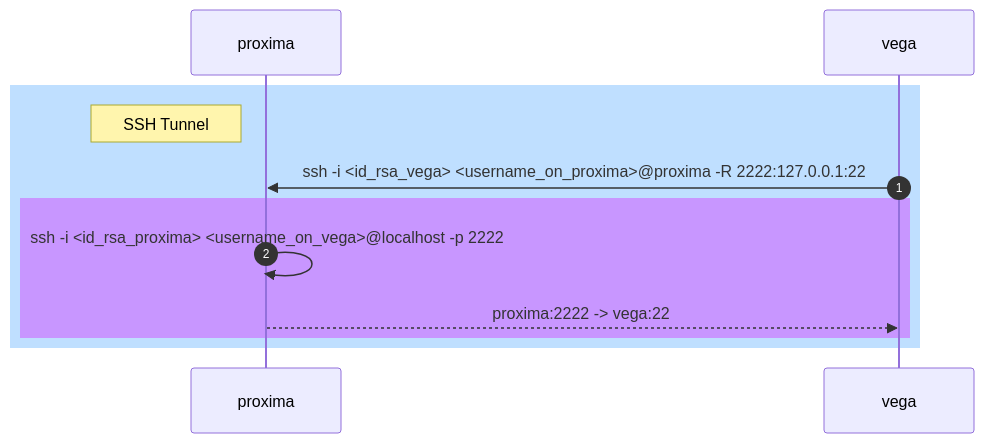
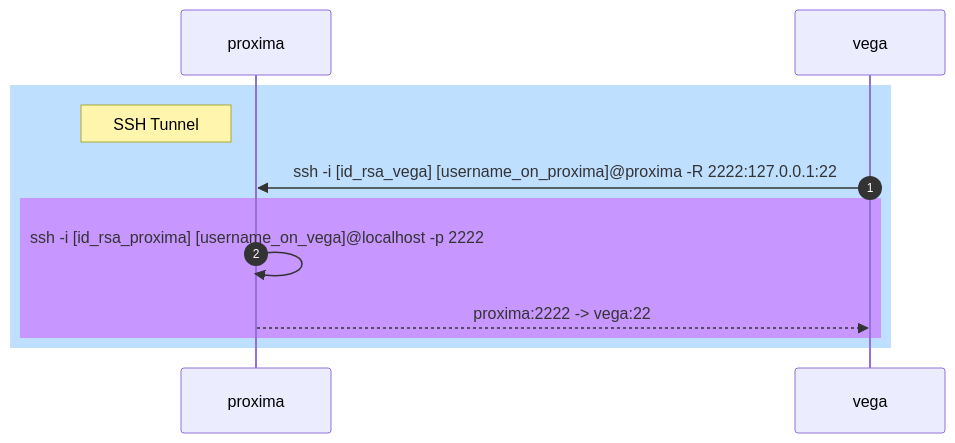
One commit to okazymyrov/piki changed the diagram in Tactics/CommandAndControl/tunnels.md. Above: the diagram before and after it, drawn with Mermaid. The commit also changed other lines of this file, not shown here.

````diff
--- a/Tactics/CommandAndControl/tunnels.md
+++ b/Tactics/CommandAndControl/tunnels.md
@@ -39,16 +39,16 @@
 ```mermaid
 sequenceDiagram
     participant proxima
     participant vega
     autonumber
     rect rgb(191, 223, 255)
     note left of proxima: SSH Tunnel       
-        vega->>proxima: ssh -i <id_rsa_vega> <username_on_proxima>@proxima -R 2222:127.0.0.1:22 # Listen on port TCP 2222 on proxima/localhost
+        vega->>proxima: ssh -i [id_rsa_vega] [username_on_proxima]@proxima -R 2222:127.0.0.1:22 # Listen on port TCP 2222 on proxima/localhost
         rect rgb(200, 150, 255)
-            proxima->>proxima: ssh -i <id_rsa_proxima> <username_on_vega>@localhost -p 2222
+            proxima->>proxima: ssh -i [id_rsa_proxima] [username_on_vega]@localhost -p 2222
             autonumber off
             proxima-->>vega: proxima:2222 -> vega:22
         end
         
     end
 ```
````
